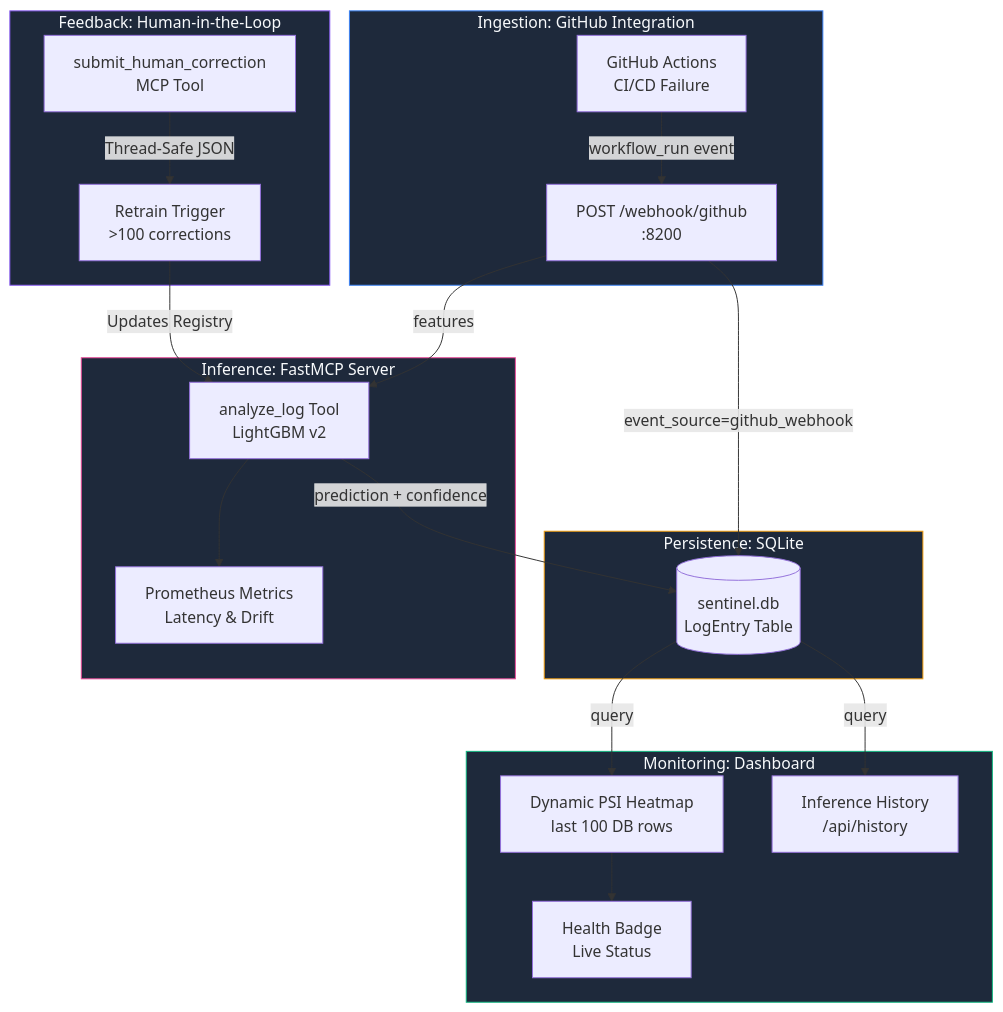
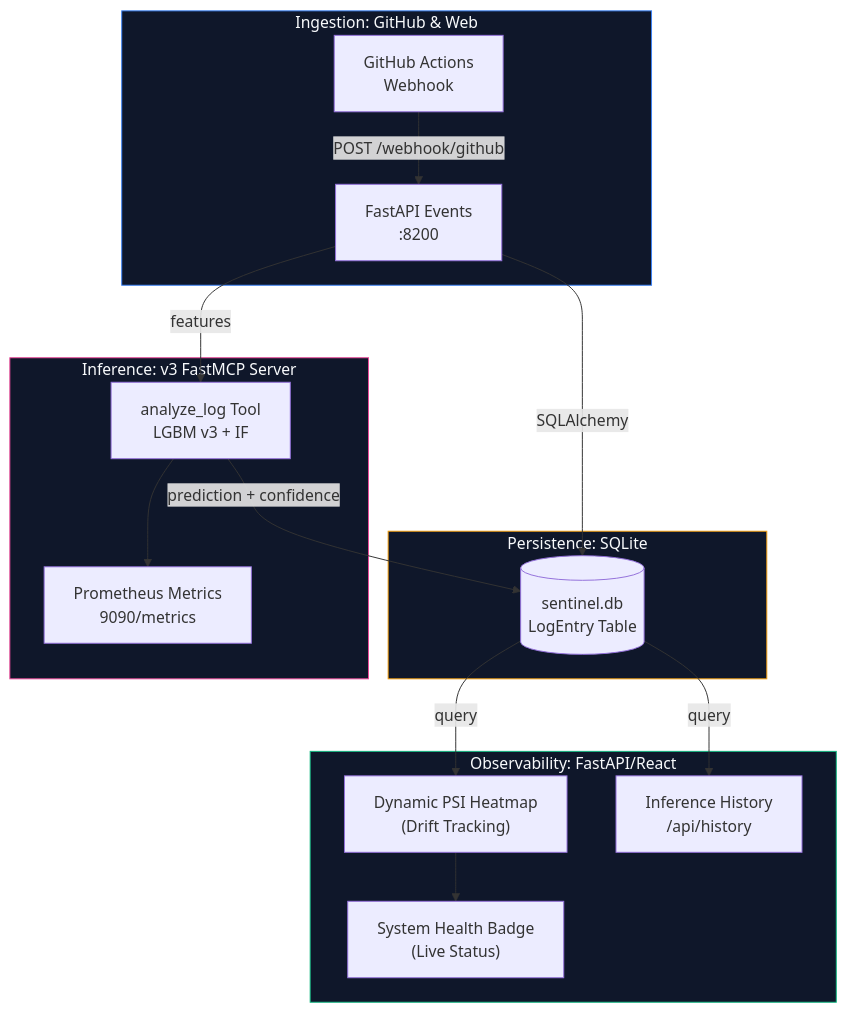
The diagram in README.md (Anbu-00001/Sentinel-AIOps), drawn with Mermaid before and after one commit. The commit also changed other lines of this file, not shown here.

Commit message:
docs: refactor README to reflect v3 FastMCP architecture and hybrid models

````diff
--- a/README.md
+++ b/README.md
@@ -47,44 +22,35 @@
 ```mermaid
 flowchart TB
-    subgraph Ingestion ["Ingestion: GitHub Integration"]
-        GH["GitHub Actions\nCI/CD Failure"]
-        WH["POST /webhook/github\n:8200"]
-        GH -->|"workflow_run event"| WH
+    subgraph Ingestion ["Ingestion: GitHub & Web"]
+        GH["GitHub Actions\nWebhook"]
+        DASH["FastAPI Events\n:8200"]
+        GH -->|"POST /webhook/github"| DASH
     end
 
     subgraph Persistence ["Persistence: SQLite"]
         DB[("sentinel.db\nLogEntry Table")]
-        WH -->|"event_source=github_webhook"| DB
+        DASH -->|"SQLAlchemy"| DB
     end
 
-    subgraph Inference ["Inference: FastMCP Server"]
-        MCP["analyze_log Tool\nLightGBM v2"]
-        PROM["Prometheus Metrics\nLatency & Drift"]
+    subgraph Inference ["Inference: v3 FastMCP Server"]
+        MCP["analyze_log Tool\nLGBM v3 + IF"]
+        PROM["Prometheus Metrics\n9090/metrics"]
         MCP -->|"prediction + confidence"| DB
         MCP --> PROM
     end
 
-    subgraph Monitoring ["Monitoring: Dashboard"]
-        PSI["Dynamic PSI Heatmap\nlast 100 DB rows"]
-        BADGE["Health Badge\nLive Status"]
+    subgraph Dashboard ["Observability: FastAPI/React"]
+        PSI["Dynamic PSI Heatmap\n(Drift Tracking)"]
+        BADGE["System Health Badge\n(Live Status)"]
         HIST["Inference History\n/api/history"]
         PSI --> BADGE
         DB -->|"query"| PSI
         DB -->|"query"| HIST
     end
 
-    subgraph Feedback ["Feedback: Human-in-the-Loop"]
-        FH["submit_human_correction\nMCP Tool"]
-        RT["Retrain Trigger\n>100 corrections"]
-        FH -->|"Thread-Safe JSON"| RT
-    end
-
-    WH -->|"features"| MCP
-    RT -->|"Updates Registry"| MCP
-
-    style Ingestion fill:#1e293b,stroke:#3b82f6,color:#f8fafc
-    style Persistence fill:#1e293b,stroke:#f59e0b,color:#f8fafc
-    style Inference fill:#1e293b,stroke:#ec4899,color:#f8fafc
-    style Monitoring fill:#1e293b,stroke:#10b981,color:#f8fafc
-    style Feedback fill:#1e293b,stroke:#8b5cf6,color:#f8fafc
+    DASH -->|"features"| MCP
+    style Ingestion fill:#0f172a,stroke:#3b82f6,color:#f8fafc
+    style Persistence fill:#0f172a,stroke:#f59e0b,color:#f8fafc
+    style Inference fill:#0f172a,stroke:#ec4899,color:#f8fafc
+    style Dashboard fill:#0f172a,stroke:#10b981,color:#f8fafc
 ```
````
